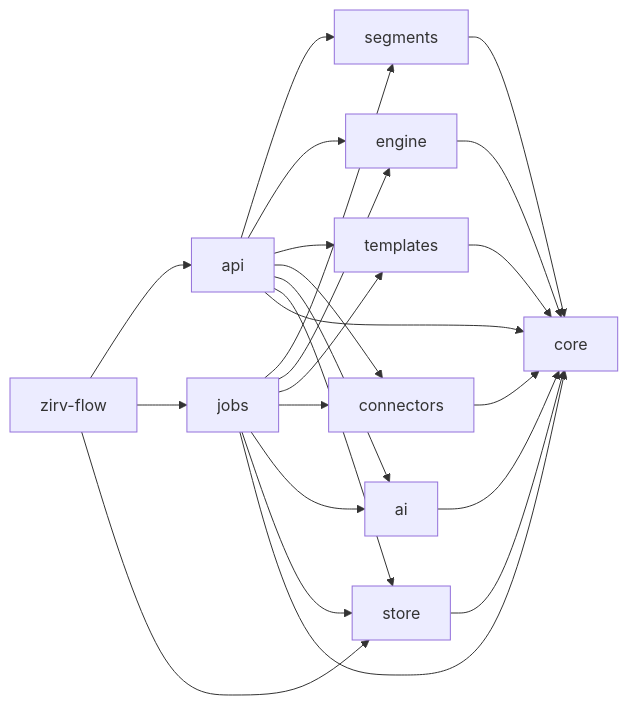
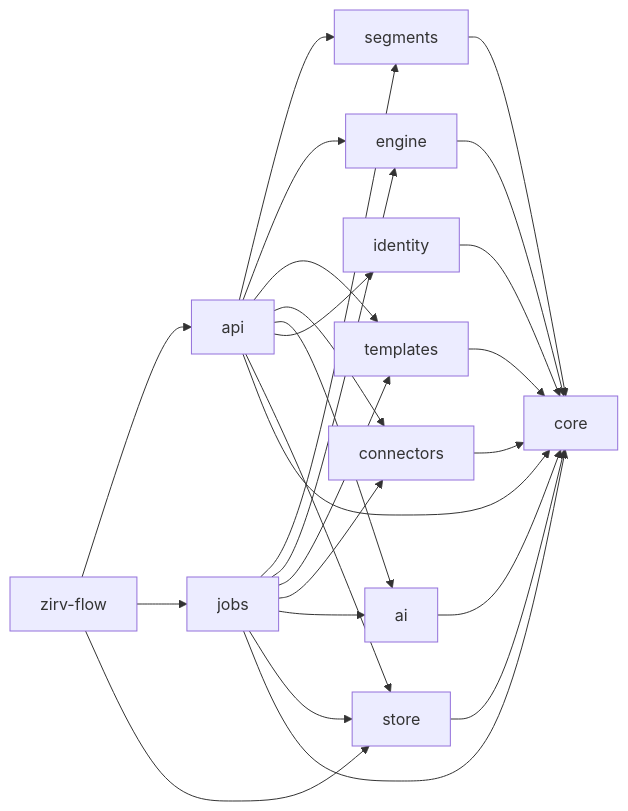
Before and after one commit to Glubiz/zirv-flow: the third of 6 diagrams in docs/architecture.md, drawn with Mermaid. The commit also changed other lines of this file and 30 other files, not shown here.

````diff
--- a/docs/architecture.md
+++ b/docs/architecture.md
@@ -150,7 +151,7 @@
 ```mermaid
 flowchart LR
   bin[zirv-flow] --> api & jobs & store
-  api --> segments & engine & templates & connectors & ai & store & core
+  api --> segments & engine & templates & connectors & ai & identity & store & core
   jobs --> segments & engine & templates & connectors & ai & store & core
-  segments & engine & templates & connectors & ai & store --> core
+  segments & engine & templates & connectors & ai & identity & store --> core
 ```
````
